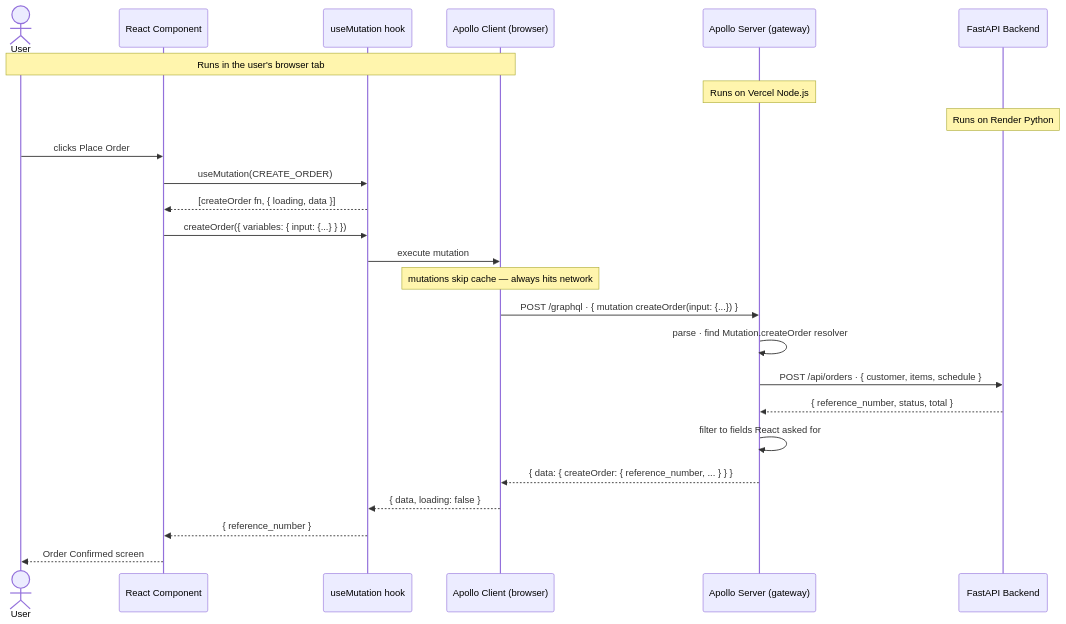
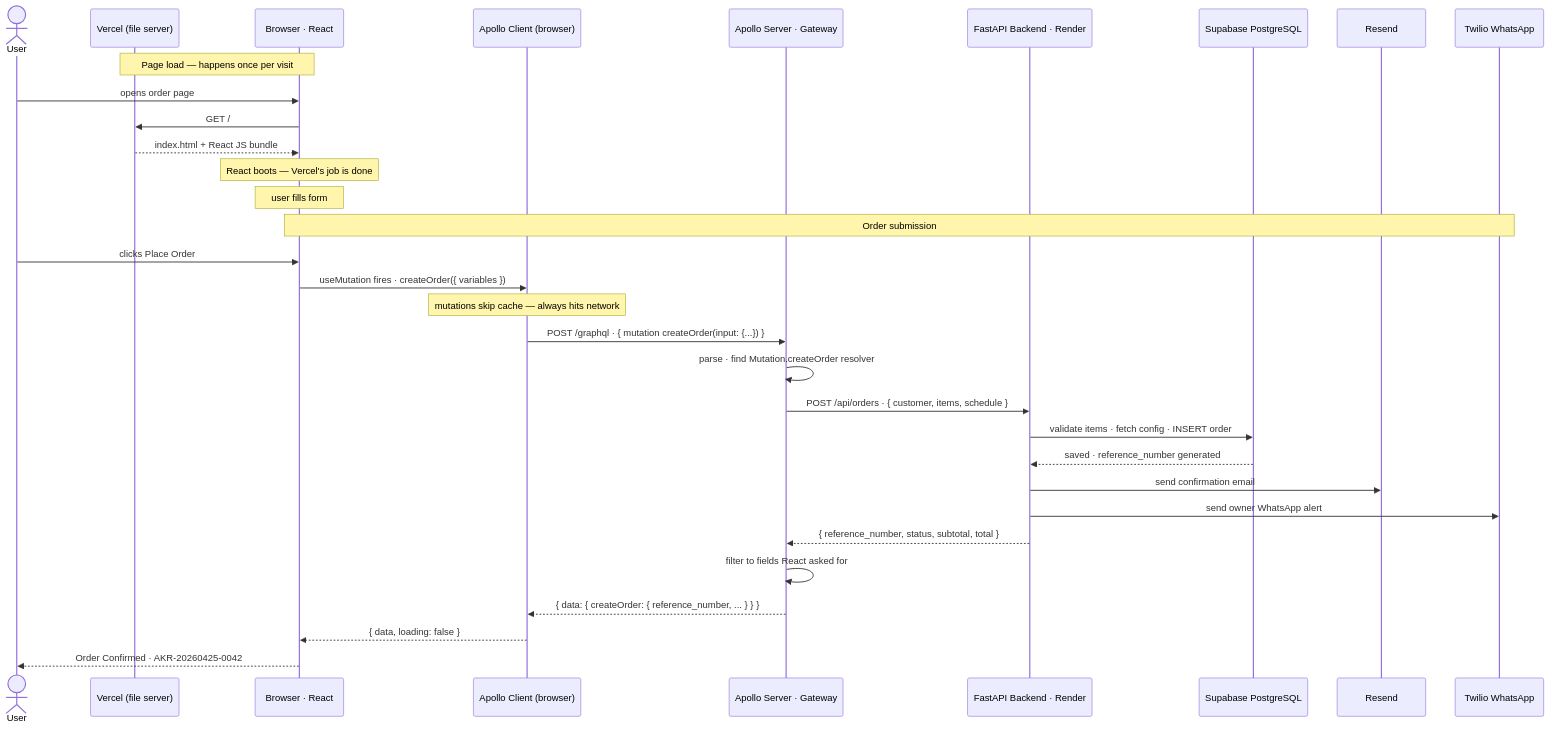
Before and after one commit to vikasparth/restaurant-main: the third of 3 diagrams in src/docs/engineering-practices/graphql-request-flow.md, drawn with Mermaid. The commit also changed other lines of this file, not shown here.

First line of the commit message:
docs: add Vercel page load and DB steps to graphql-request-flow diagrams

````diff
--- a/src/docs/engineering-practices/graphql-request-flow.md
+++ b/src/docs/engineering-practices/graphql-request-flow.md
@@ -126,29 +166,36 @@
 ```mermaid
 sequenceDiagram
     actor User
-    participant Comp as React Component
-    participant Hook as useMutation hook
+    participant Vercel as Vercel (file server)
+    participant B as Browser · React
     participant APC as Apollo Client (browser)
-    participant GW as Apollo Server (gateway)
-    participant BE as FastAPI Backend
+    participant GW as Apollo Server · Gateway
+    participant BE as FastAPI Backend · Render
+    participant DB as Supabase PostgreSQL
+    participant Email as Resend
+    participant WA as Twilio WhatsApp
 
-    Note over User,APC: Runs in the user's browser tab
-    Note over GW: Runs on Vercel Node.js
-    Note over BE: Runs on Render Python
+    Note over Vercel,B: Page load — happens once per visit
+    User->>B: opens order page
+    B->>Vercel: GET /
+    Vercel-->>B: index.html + React JS bundle
+    Note over B: React boots — Vercel's job is done
+    Note over B: user fills form
 
-    User->>Comp: clicks Place Order
-    Comp->>Hook: useMutation(CREATE_ORDER)
-    Hook-->>Comp: [createOrder fn, { loading, data }]
-    Comp->>Hook: createOrder({ variables: { input: {...} } })
-    Hook->>APC: execute mutation
+    Note over B,WA: Order submission
+    User->>B: clicks Place Order
+    B->>APC: useMutation fires · createOrder({ variables })
     Note over APC: mutations skip cache — always hits network
     APC->>GW: POST /graphql · { mutation createOrder(input: {...}) }
     GW->>GW: parse · find Mutation.createOrder resolver
     GW->>BE: POST /api/orders · { customer, items, schedule }
-    BE-->>GW: { reference_number, status, total }
+    BE->>DB: validate items · fetch config · INSERT order
+    DB-->>BE: saved · reference_number generated
+    BE->>Email: send confirmation email
+    BE->>WA: send owner WhatsApp alert
+    BE-->>GW: { reference_number, status, subtotal, total }
     GW->>GW: filter to fields React asked for
     GW-->>APC: { data: { createOrder: { reference_number, ... } } }
-    APC-->>Hook: { data, loading: false }
-    Hook-->>Comp: { reference_number }
-    Comp-->>User: Order Confirmed screen
+    APC-->>B: { data, loading: false }
+    B-->>User: Order Confirmed · AKR-20260425-0042
 ```
````
